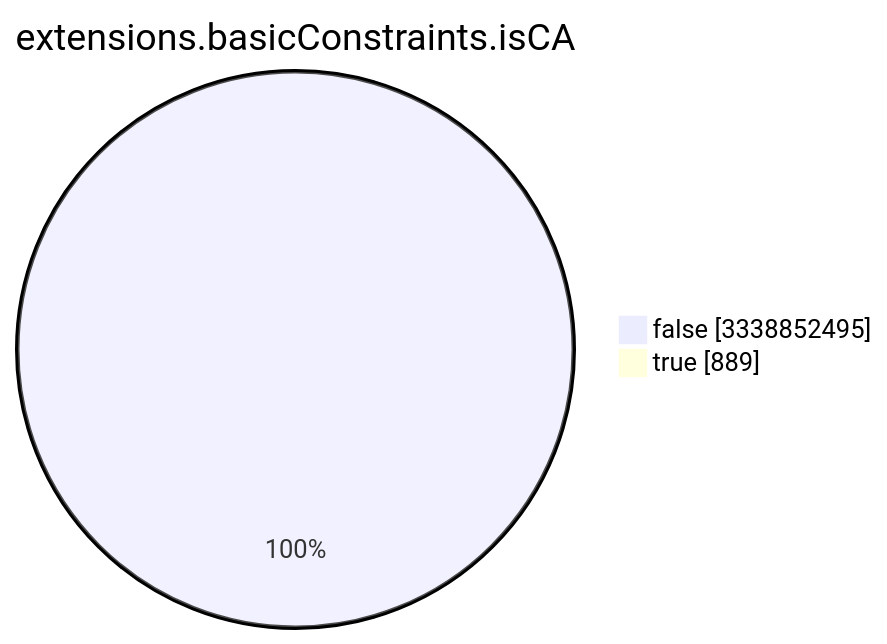
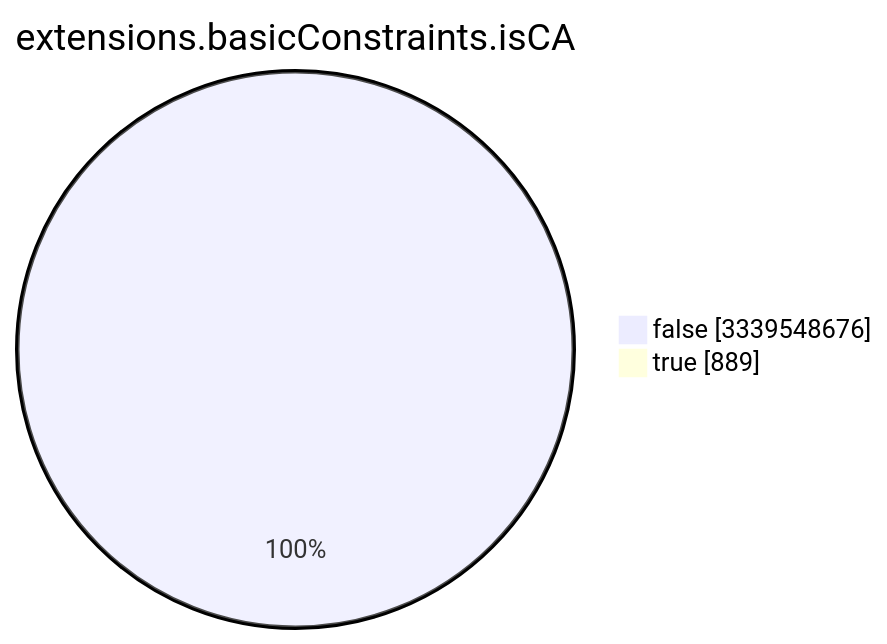
The seventh of 15 diagrams in TOTAL/README.md (christiankrug/ctmonitor_visualization), drawn with Mermaid before and after one commit. The commit also changed other lines of this file, not shown here.

````diff
--- a/TOTAL/README.md
+++ b/TOTAL/README.md
@@ -3089,6 +3089,6 @@
 ```mermaid
 pie showData
 title extensions.basicConstraints.isCA
-"false" :3338852495
+"false" :3339548676
 "true" :889
 ```
````
